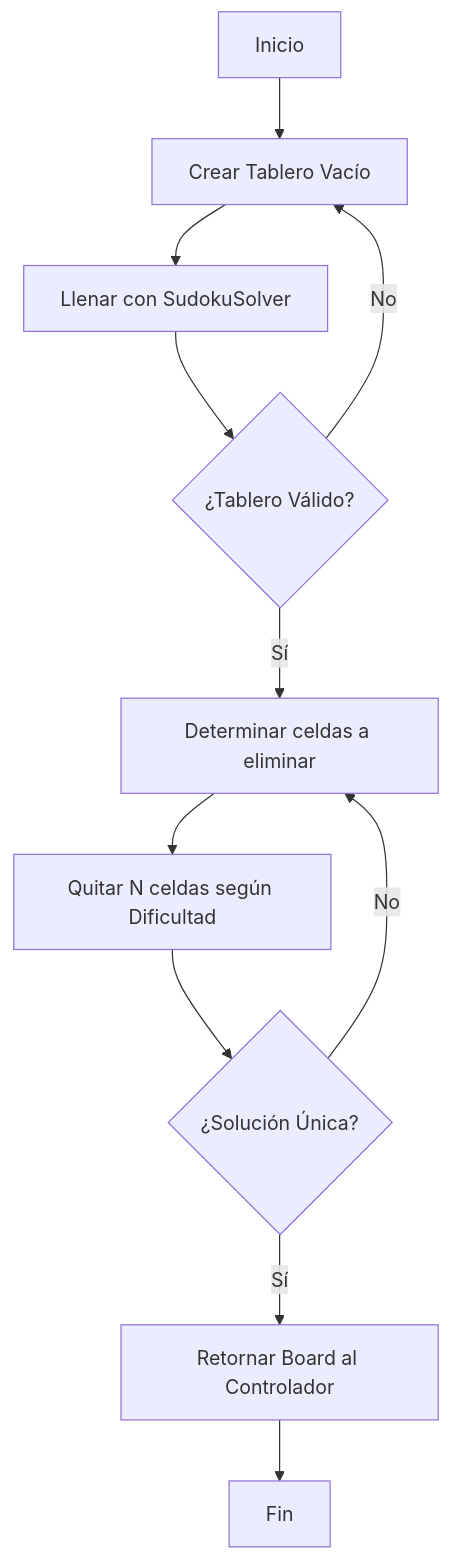
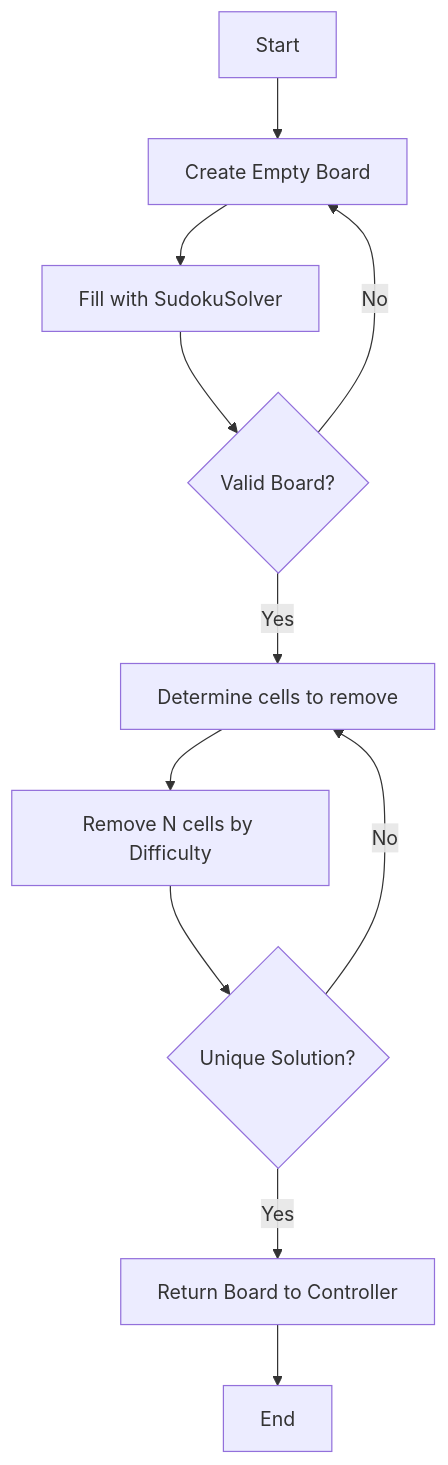
Before and after one commit to LastraMigue/Videogame-SUDOKU: the fifth of 6 diagrams in docs/DESIGN.md, drawn with Mermaid. The commit also changed other lines of this file, not shown here.

Commit message:
docs: translated all Mermaid diagrams to English in DESIGN.md

````diff
--- a/docs/DESIGN.md
+++ b/docs/DESIGN.md
@@ -129,13 +129,13 @@
 ```mermaid
 flowchart TD
-    A[Inicio] --> B[Crear Tablero Vacío]
-    B --> C[Llenar con SudokuSolver]
-    C --> D{¿Tablero Válido?}
+    A[Start] --> B[Create Empty Board]
+    B --> C[Fill with SudokuSolver]
+    C --> D{Valid Board?}
     D -- No --> B
-    D -- Sí --> E[Determinar celdas a eliminar]
-    E --> F[Quitar N celdas según Dificultad]
-    F --> G{¿Solución Única?}
+    D -- Yes --> E[Determine cells to remove]
+    E --> F[Remove N cells by Difficulty]
+    F --> G{Unique Solution?}
     G -- No --> E
-    G -- Sí --> H[Retornar Board al Controlador]
-    H --> I[Fin]
+    G -- Yes --> H[Return Board to Controller]
+    H --> I[End]
 ```
````
